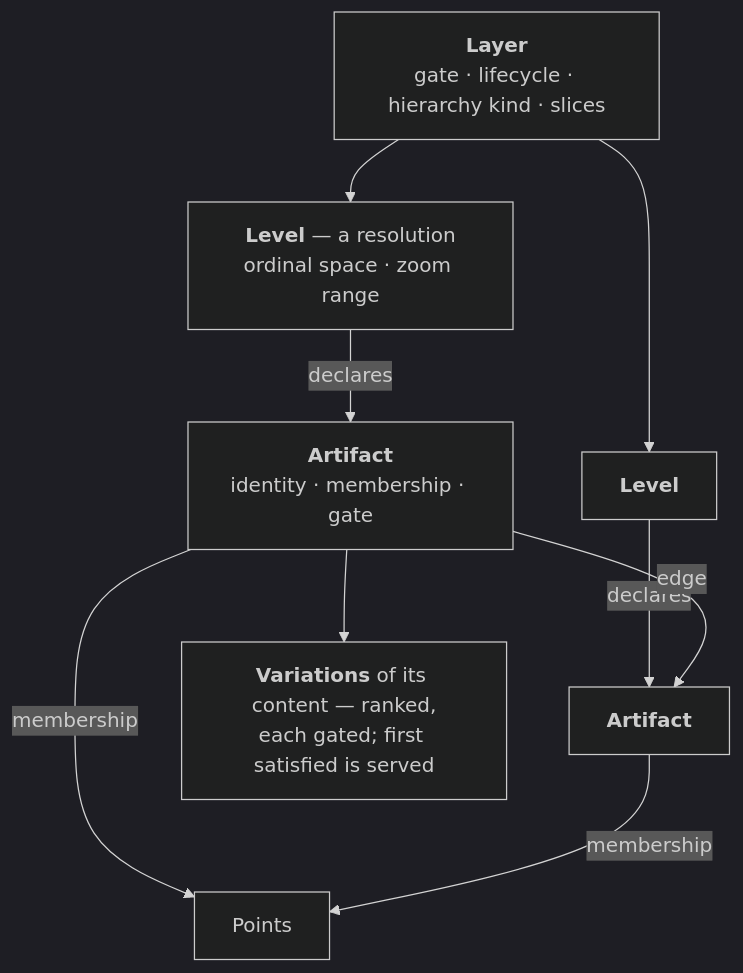
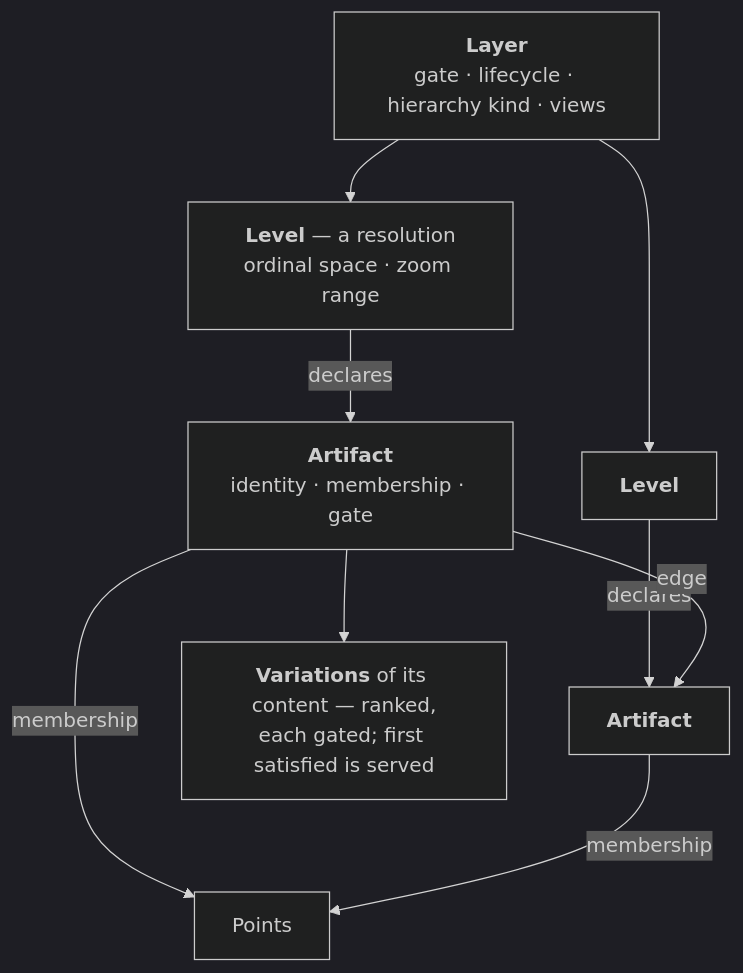
Before and after one commit to jennis0/tesseradb: the first of 3 diagrams in docs/design/annotations.md, drawn with Mermaid (dark theme). The commit also changed other lines of this file and 283 other files, not shown here.

````diff
--- a/docs/design/annotations.md
+++ b/docs/design/annotations.md
@@ -43,12 +43,12 @@
 ```mermaid
 flowchart TB
-  F["<b>Layer</b><br/>gate · lifecycle · hierarchy kind · slices"]
+  F["<b>Layer</b><br/>gate · lifecycle · hierarchy kind · views"]
   F --> L0["<b>Level</b> — a resolution<br/>ordinal space · zoom range"]
   F --> L1["<b>Level</b>"]
   L0 -->|"declares"| A["<b>Artifact</b><br/>identity · membership · gate"]
   L1 -->|"declares"| A2["<b>Artifact</b>"]
   A -->|"edge"| A2
   A -->|"membership"| P["Points"]
   A2 -->|"membership"| P
   A --> V["<b>Variations</b> of its content — ranked,<br/>each gated; first satisfied is served"]
 ```
````
